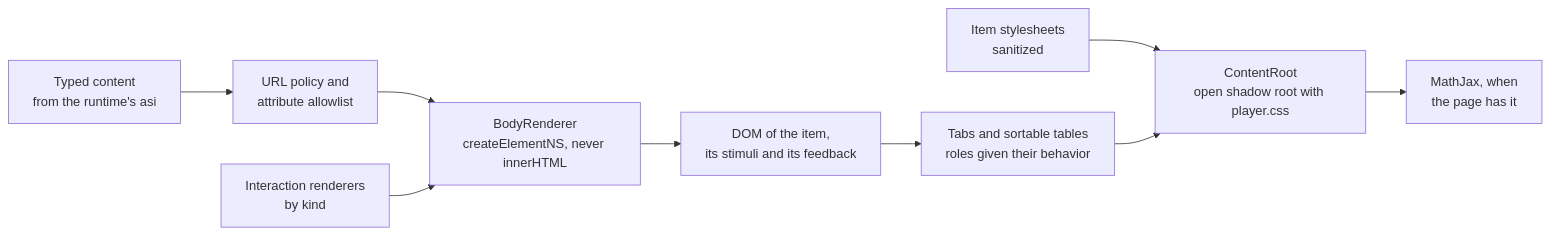
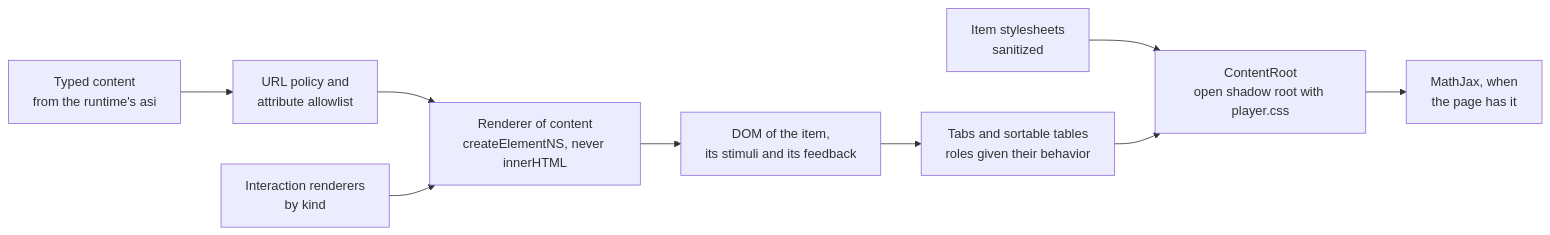
The diagram in docs/player/content.md (assesskit/assesskit), drawn with Mermaid before and after one commit. The commit also changed other lines of this file and 45 other files, not shown here.

````diff
--- a/docs/player/content.md
+++ b/docs/player/content.md
@@ -8,11 +9,11 @@
 ```mermaid
 flowchart LR
   nodes["Typed content<br/>from the runtime's asi"] --> policy["URL policy and<br/>attribute allowlist"]
-  policy --> renderer["BodyRenderer<br/>createElementNS, never innerHTML"]
+  policy --> renderer["Renderer of content<br/>createElementNS, never innerHTML"]
   renderer --> body["DOM of the item,<br/>its stimuli and its feedback"]
   interactions["Interaction renderers<br/>by kind"] --> renderer
   sheets["Item stylesheets<br/>sanitized"] --> root
   body --> behavior["Tabs and sortable tables<br/>roles given their behavior"]
   behavior --> root["ContentRoot<br/>open shadow root with player.css"]
   root --> math["MathJax, when<br/>the page has it"]
 ```
````
